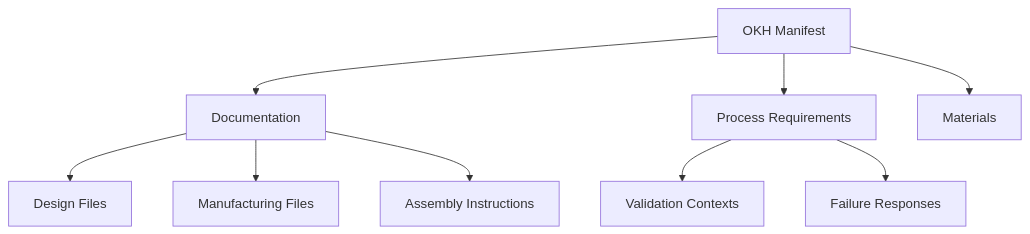
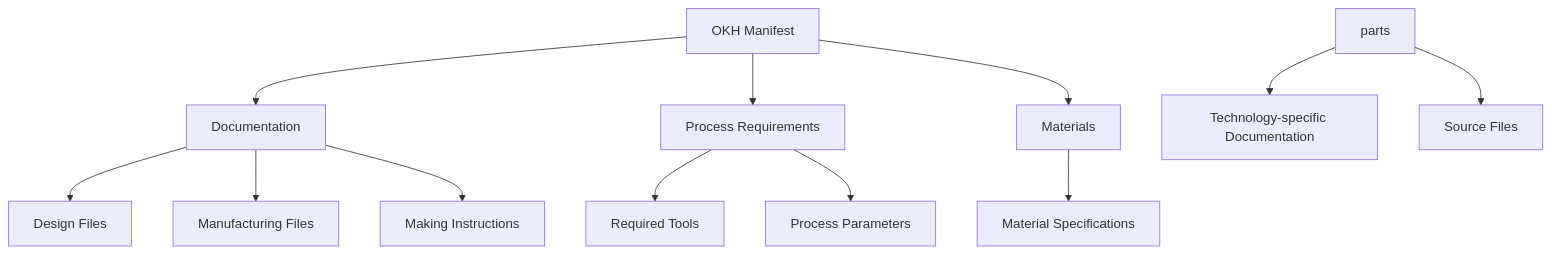
One commit to helpfulengineering/supply-graph-ai changed the first of 2 diagrams in docs/models/okh-docs.md. Above: the diagram before and after it, drawn with Mermaid. The commit also changed other lines of this file and 4 other files, not shown here.

````diff
--- a/docs/models/okh-docs.md
+++ b/docs/models/okh-docs.md
@@ -87,13 +208,18 @@
 ```mermaid
 graph TD
     manifest[OKH Manifest] --> docs[Documentation]
     manifest --> processes[Process Requirements]
     manifest --> materials[Materials]
     
     docs --> design[Design Files]
     docs --> manuf[Manufacturing Files]
-    docs --> assembly[Assembly Instructions]
+    docs --> assembly[Making Instructions]
     
-    processes --> validation[Validation Contexts]
-    processes --> failures[Failure Responses]
+    processes --> tools[Required Tools]
+    processes --> params[Process Parameters]
+    
+    materials --> specs[Material Specifications]
+    
+    parts --> tsdc[Technology-specific Documentation]
+    parts --> source[Source Files]
 ```
````
